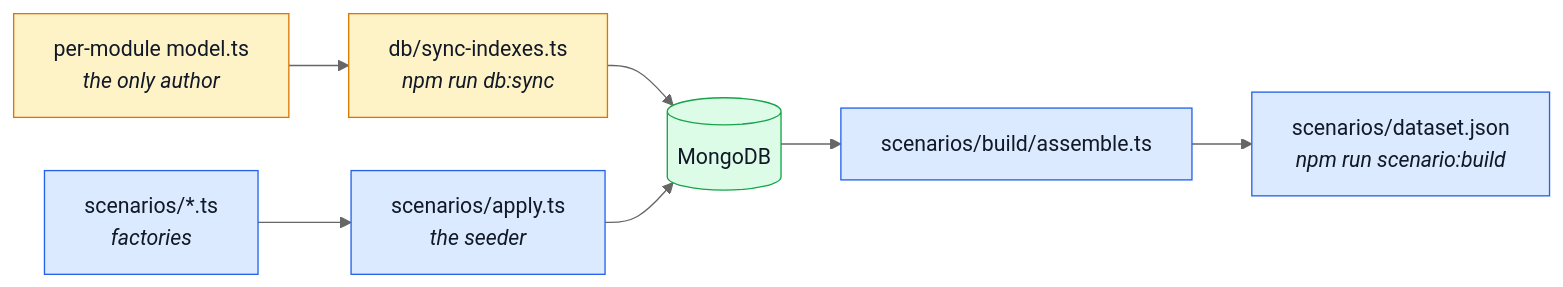
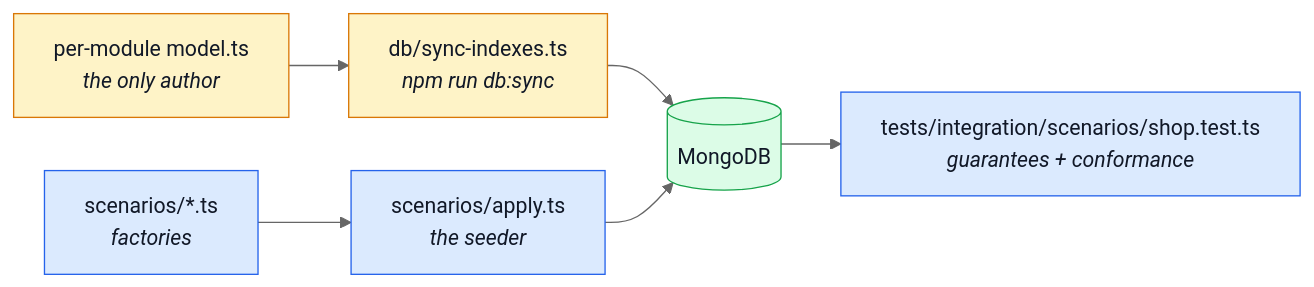
The first of 2 diagrams in docs/reference/data.md (Guebbit/boilerplate-node-backend), drawn with Mermaid (neutral theme) before and after one commit. The commit also changed other lines of this file and 47 other files, not shown here.

First line of the commit message:
refactor(scenarios): delete the generated demo dataset

````diff
--- a/docs/reference/data.md
+++ b/docs/reference/data.md
@@ -20,17 +20,16 @@
 ```mermaid
 %%{init: {'flowchart': {'nodeSpacing': 40, 'rankSpacing': 45}}}%%
 flowchart LR
     Models["per-module model.ts<br/><i>the only author</i>"] --> Sync["db/sync-indexes.ts<br/><i>npm run db:sync</i>"]
     Sync --> Mongo[("MongoDB")]
     Seeds["scenarios/*.ts<br/><i>factories</i>"] --> Index["scenarios/apply.ts<br/><i>the seeder</i>"]
     Index --> Mongo
-    Mongo --> Assemble["scenarios/build/assemble.ts"]
-    Assemble --> Data["scenarios/dataset.json<br/><i>npm run scenario:build</i>"]
+    Mongo --> Shop["tests/integration/scenarios/shop.test.ts<br/><i>guarantees + conformance</i>"]
 
     classDef schema fill:#fef3c7,stroke:#d97706,color:#111827;
     classDef data fill:#dbeafe,stroke:#2563eb,color:#111827;
     classDef store fill:#dcfce7,stroke:#16a34a,color:#111827;
     class Models,Sync schema;
-    class Seeds,Index,Assemble,Data data;
+    class Seeds,Index,Shop data;
     class Mongo store;
 ```
````
